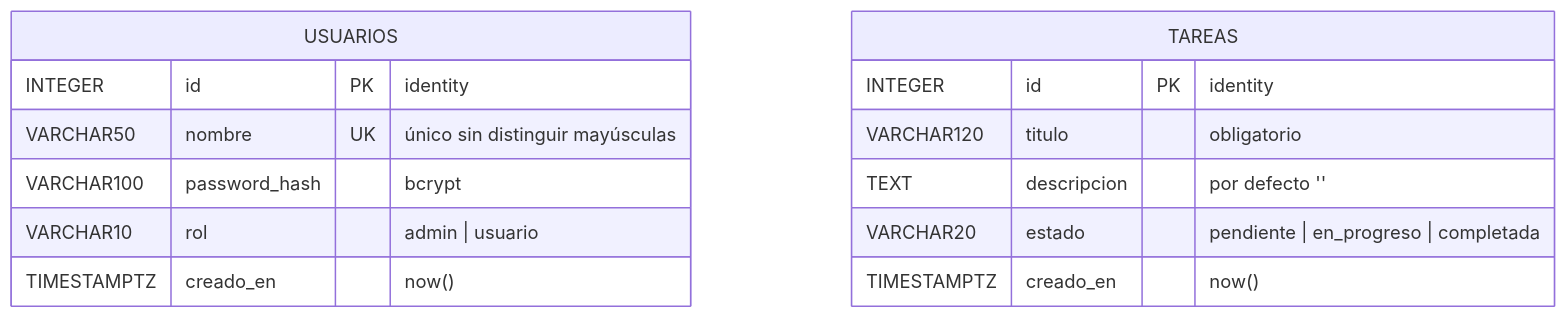
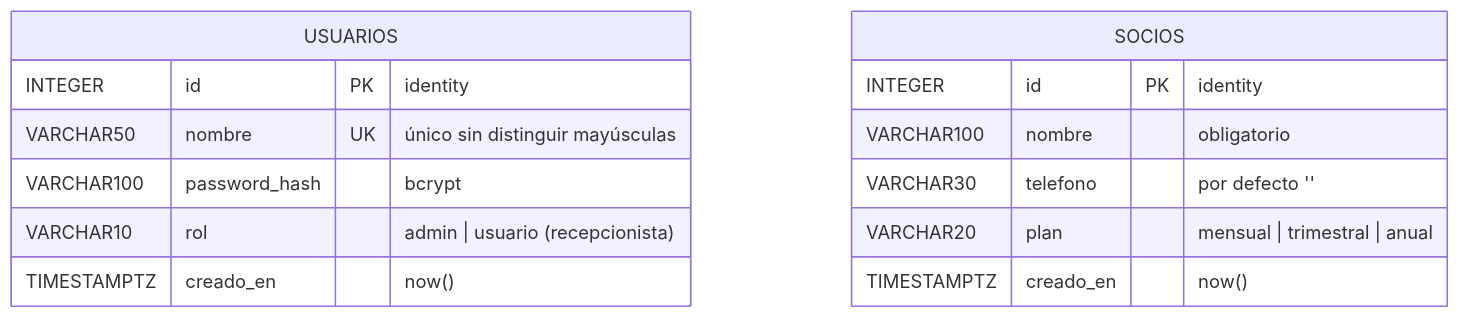
The diagram in DISENO-BD.md (javiertlo55/examen-arqui-patrones), drawn with Mermaid before and after one commit. The commit also changed other lines of this file and 34 other files, not shown here.

````diff
--- a/DISENO-BD.md
+++ b/DISENO-BD.md
@@ -7,17 +9,17 @@
 ```mermaid
 erDiagram
     USUARIOS {
         INTEGER id PK "identity"
         VARCHAR50 nombre UK "único sin distinguir mayúsculas"
         VARCHAR100 password_hash "bcrypt"
-        VARCHAR10 rol "admin | usuario"
+        VARCHAR10 rol "admin | usuario (recepcionista)"
         TIMESTAMPTZ creado_en "now()"
     }
-    TAREAS {
+    SOCIOS {
         INTEGER id PK "identity"
-        VARCHAR120 titulo "obligatorio"
-        TEXT descripcion "por defecto ''"
-        VARCHAR20 estado "pendiente | en_progreso | completada"
+        VARCHAR100 nombre "obligatorio"
+        VARCHAR30 telefono "por defecto ''"
+        VARCHAR20 plan "mensual | trimestral | anual"
         TIMESTAMPTZ creado_en "now()"
     }
 ```
````
